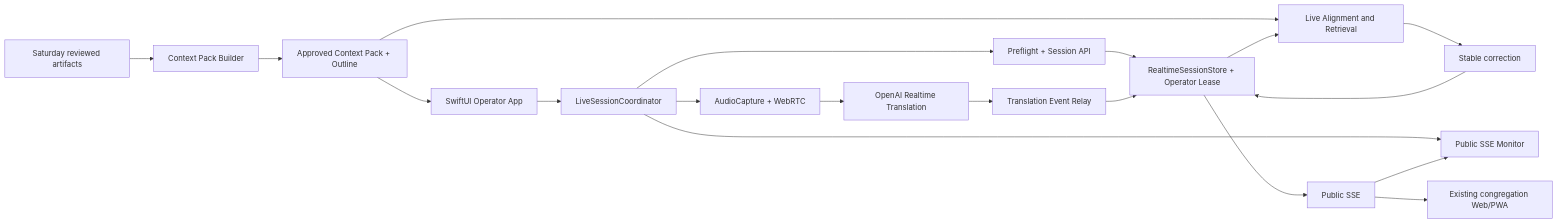
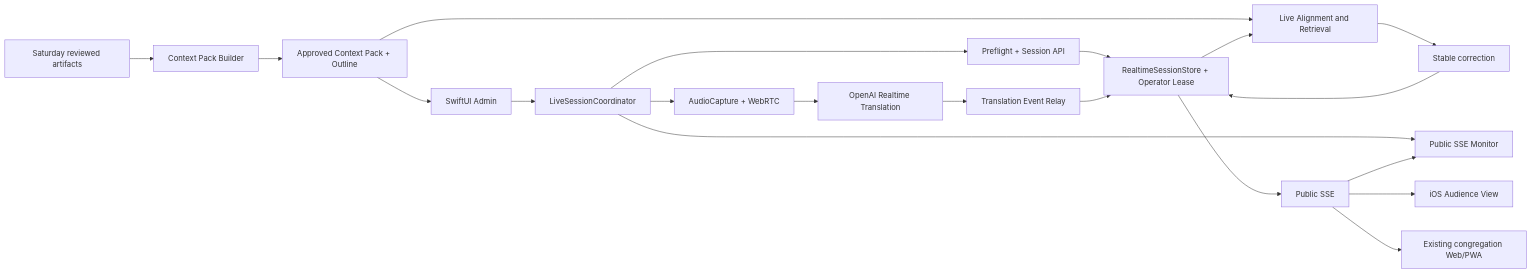
Before and after one commit to JonathanJing/sermon-video-zh-subtitles: the first of 3 diagrams in docs/ios-live-sermon-translation-app.zh.md, drawn with Mermaid. The commit also changed other lines of this file, not shown here.

Commit message:
docs: add audience mode and realtime latency budget

````diff
--- a/docs/ios-live-sermon-translation-app.zh.md
+++ b/docs/ios-live-sermon-translation-app.zh.md
@@ -172,21 +215,22 @@
 ```mermaid
 flowchart LR
-    A[SwiftUI Operator App] --> B[LiveSessionCoordinator]
+    A[SwiftUI Admin] --> B[LiveSessionCoordinator]
     B --> C[Preflight + Session API]
     B --> D[AudioCapture + WebRTC]
     B --> E[Public SSE Monitor]
     F[Saturday reviewed artifacts] --> G[Context Pack Builder]
     G --> H[Approved Context Pack + Outline]
     H --> A
     H --> I[Live Alignment and Retrieval]
     C --> J[RealtimeSessionStore + Operator Lease]
     D --> K[OpenAI Realtime Translation]
     K --> L[Translation Event Relay]
     L --> J
     J --> I
     I --> M[Stable correction]
     M --> J
     J --> N[Public SSE]
     N --> E
-    N --> O[Existing congregation Web/PWA]
+    N --> O[iOS Audience View]
+    N --> P[Existing congregation Web/PWA]
 ```
````
